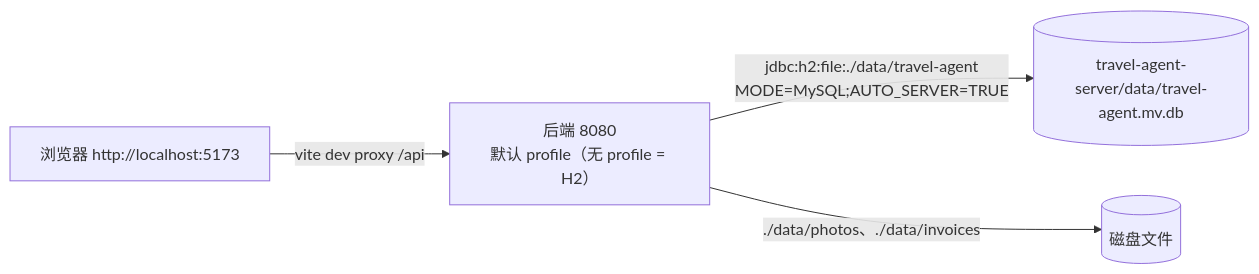
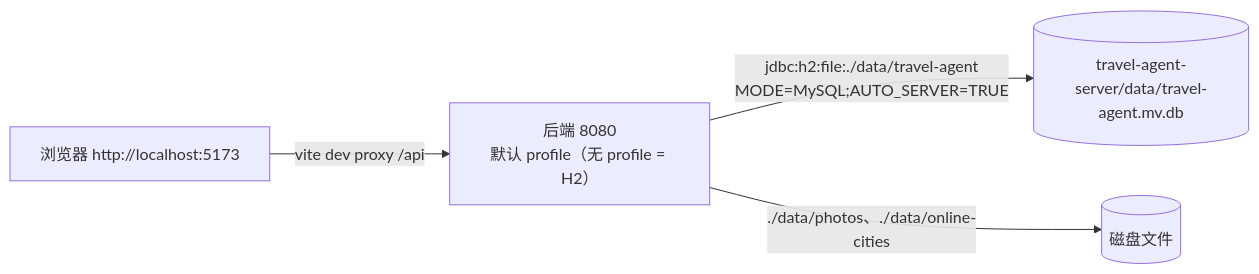
The second of 2 diagrams in docs/guide/deployment.md (Lukas-Ga06/-), drawn with Mermaid before and after one commit. The commit also changed other lines of this file and 50 other files, not shown here.

````diff
--- a/docs/guide/deployment.md
+++ b/docs/guide/deployment.md
@@ -51,6 +53,6 @@
 ```mermaid
 graph LR
     A["浏览器 http://localhost:5173"] -->|"vite dev proxy /api"| B["后端 8080<br/>默认 profile（无 profile = H2）"]
     B -->|"jdbc:h2:file:./data/travel-agent<br/>MODE=MySQL;AUTO_SERVER=TRUE"| H[("travel-agent-server/data/travel-agent.mv.db")]
-    B -->|"./data/photos、./data/invoices"| F[("磁盘文件")]
+    B -->|"./data/photos、./data/online-cities"| F[("磁盘文件")]
 ```
````
